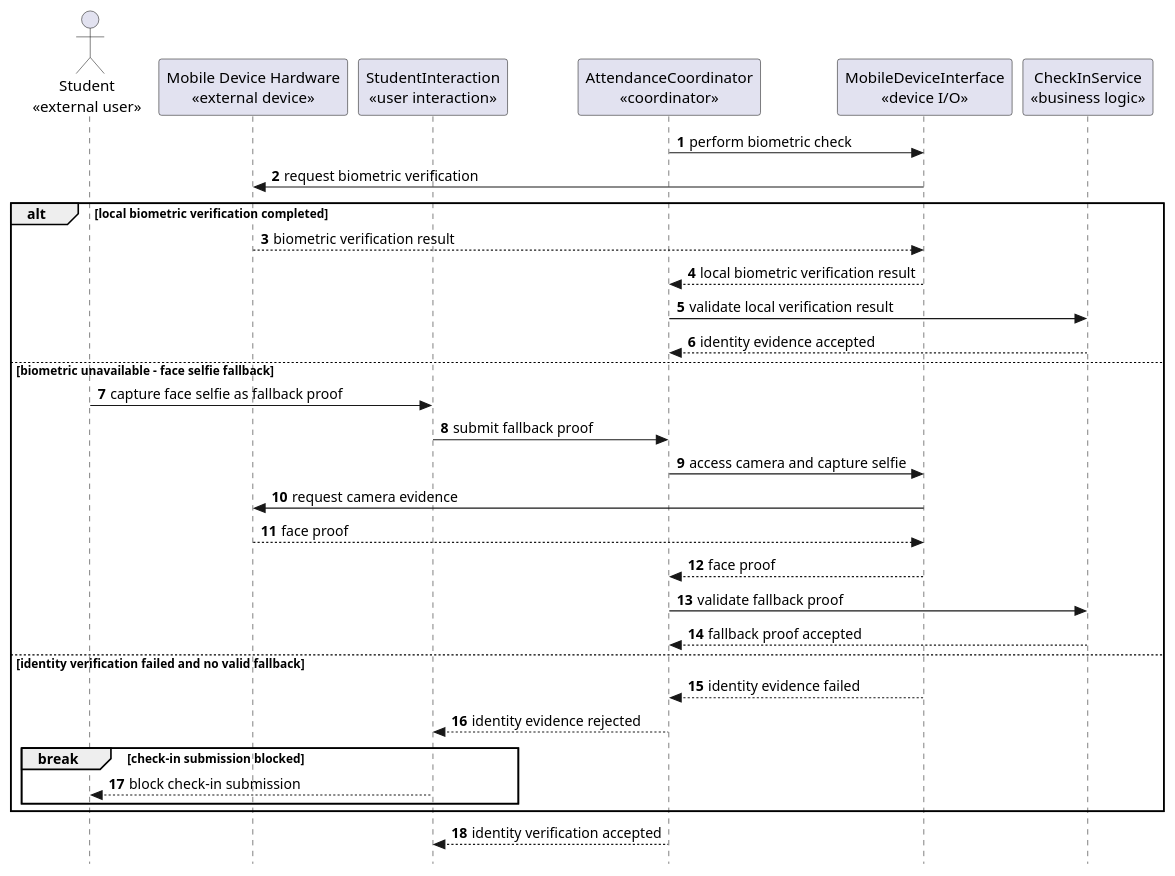
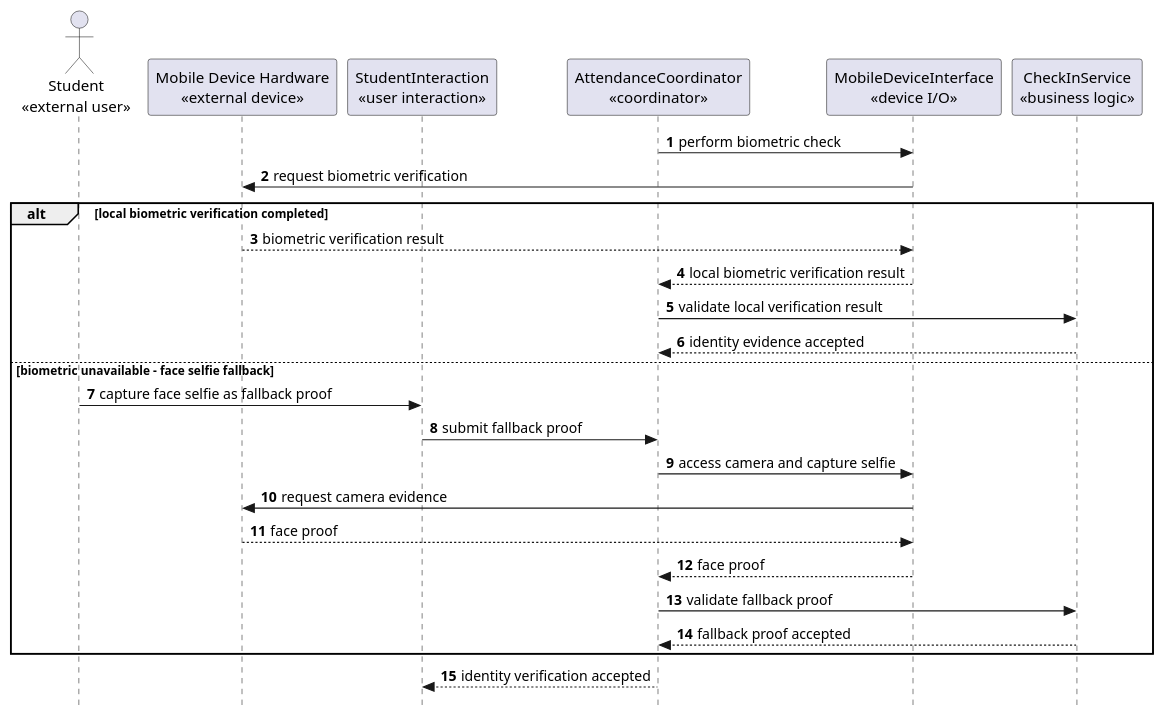
The first of 4 diagrams in docs/rds/2_Sequence_Diagram.md (nttung42/SWD392), drawn with PlantUML before and after one commit. The commit also changed other lines of this file and 3 other files, not shown here.

````diff
--- a/docs/rds/2_Sequence_Diagram.md
+++ b/docs/rds/2_Sequence_Diagram.md
@@ -18,38 +18,32 @@
 ```plantuml
 @startuml
 skinparam style strictuml
 autonumber
 actor "Student\n«external user»" as Student
 participant "Mobile Device Hardware\n«external device»" as MobileHardware
 participant "StudentInteraction\n«user interaction»" as StudentUI
 participant "AttendanceCoordinator\n«coordinator»" as CheckInControl
 participant "MobileDeviceInterface\n«device I/O»" as MobileSensor
 participant "CheckInService\n«business logic»" as AttendanceRules
 
 CheckInControl -> MobileSensor : perform biometric check
 MobileSensor -> MobileHardware : request biometric verification
 
 alt local biometric verification completed
   MobileHardware --> MobileSensor : biometric verification result
   MobileSensor --> CheckInControl : local biometric verification result
   CheckInControl -> AttendanceRules : validate local verification result
   AttendanceRules --> CheckInControl : identity evidence accepted
 else biometric unavailable - face selfie fallback
   Student -> StudentUI : capture face selfie as fallback proof
   StudentUI -> CheckInControl : submit fallback proof
   CheckInControl -> MobileSensor : access camera and capture selfie
   MobileSensor -> MobileHardware : request camera evidence
   MobileHardware --> MobileSensor : face proof
   MobileSensor --> CheckInControl : face proof
   CheckInControl -> AttendanceRules : validate fallback proof
   AttendanceRules --> CheckInControl : fallback proof accepted
-else identity verification failed and no valid fallback
-  MobileSensor --> CheckInControl : identity evidence failed
-  CheckInControl --> StudentUI : identity evidence rejected
-  break check-in submission blocked
-    StudentUI --> Student : block check-in submission
-  end
 end
 CheckInControl --> StudentUI : identity verification accepted
 @enduml
 ```
````
